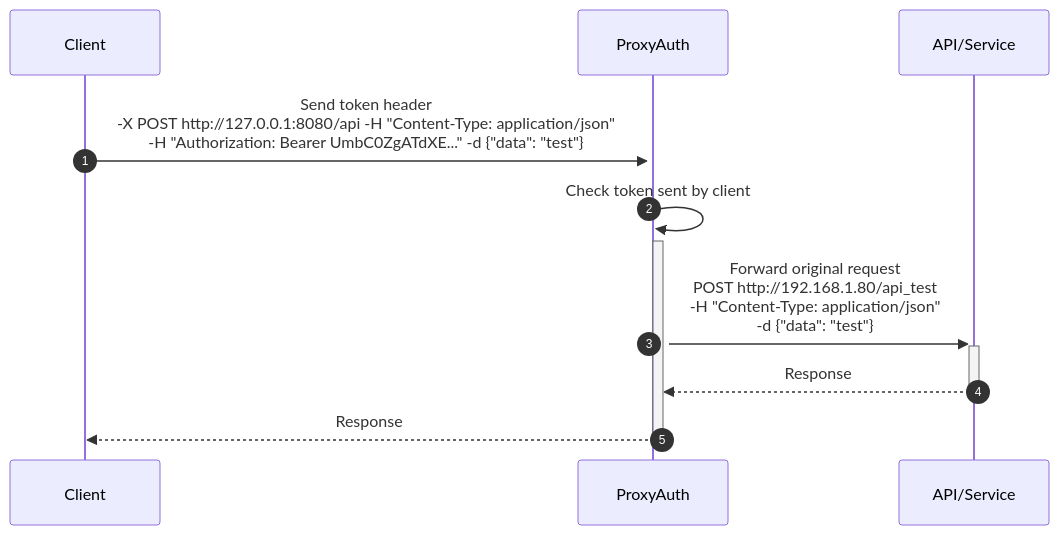
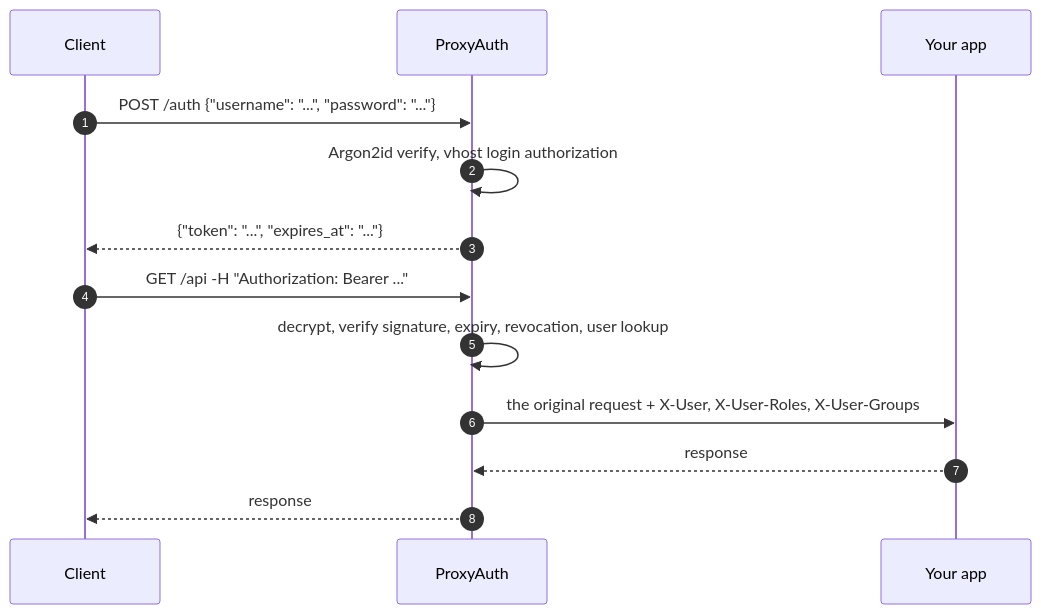
One commit to ProxyAuth/ProxyAuth changed the diagram in README.md. Above: the diagram before and after it, drawn with Mermaid. The commit also changed other lines of this file and 6 other files, not shown here.

````diff
--- a/README.md
+++ b/README.md
@@ -228,13 +313,16 @@
 ```mermaid
 sequenceDiagram
     autonumber
     participant C as Client
     participant P as ProxyAuth
-    participant A as API/Service
+    participant A as Your app
 
-    C->>+P: Send token header <br> -X POST http://127.0.0.1:8080/api -H "Content-Type: application/json" <br>-H "Authorization: Bearer UmbC0ZgATdXE..." -d {"data": "test"}
-    P->>+P: Check token sent by client
-    P->>+A: Forward original request <br> POST http://192.168.1.80/api_test <br>-H "Content-Type: application/json" <br>-d {"data": "test"}
-    A-->>-P: Response
-    P-->>-C: Response
+    C->>P: POST /auth  {"username": "...", "password": "..."}
+    P->>P: Argon2id verify, vhost login authorization
+    P-->>C: {"token": "...", "expires_at": "..."}
+    C->>P: GET /api  -H "Authorization: Bearer ..."
+    P->>P: decrypt, verify signature, expiry, revocation, user lookup
+    P->>A: the original request + X-User, X-User-Roles, X-User-Groups
+    A-->>P: response
+    P-->>C: response
 ```
````
